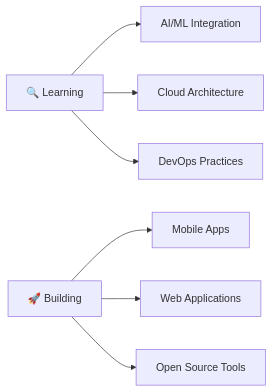
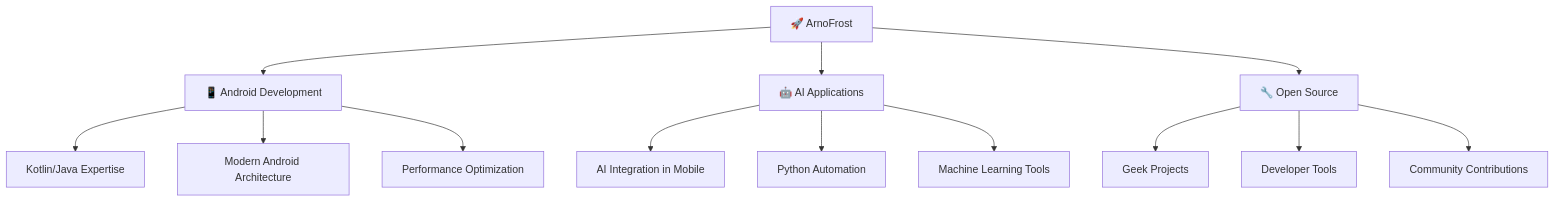
Before and after one commit to ArnoFrost/ArnoFrost: the diagram in README.md, drawn with Mermaid. The commit also changed other lines of this file, not shown here.

````diff
--- a/README.md
+++ b/README.md
@@ -66,10 +69,18 @@
 ```mermaid
-graph LR
-    A[🔍 Learning] --> B[AI/ML Integration]
-    A --> C[Cloud Architecture]
-    A --> D[DevOps Practices]
+graph TB
+    A[🚀 ArnoFrost] --> B[📱 Android Development]
+    A --> C[🤖 AI Applications]
+    A --> D[🔧 Open Source]
     
-    E[🚀 Building] --> F[Mobile Apps]
-    E --> G[Web Applications]
-    E --> H[Open Source Tools]
+    B --> B1[Kotlin/Java Expertise]
+    B --> B2[Modern Android Architecture]
+    B --> B3[Performance Optimization]
+    
+    C --> C1[AI Integration in Mobile]
+    C --> C2[Python Automation]
+    C --> C3[Machine Learning Tools]
+    
+    D --> D1[Geek Projects]
+    D --> D2[Developer Tools]
+    D --> D3[Community Contributions]
 ```
````
